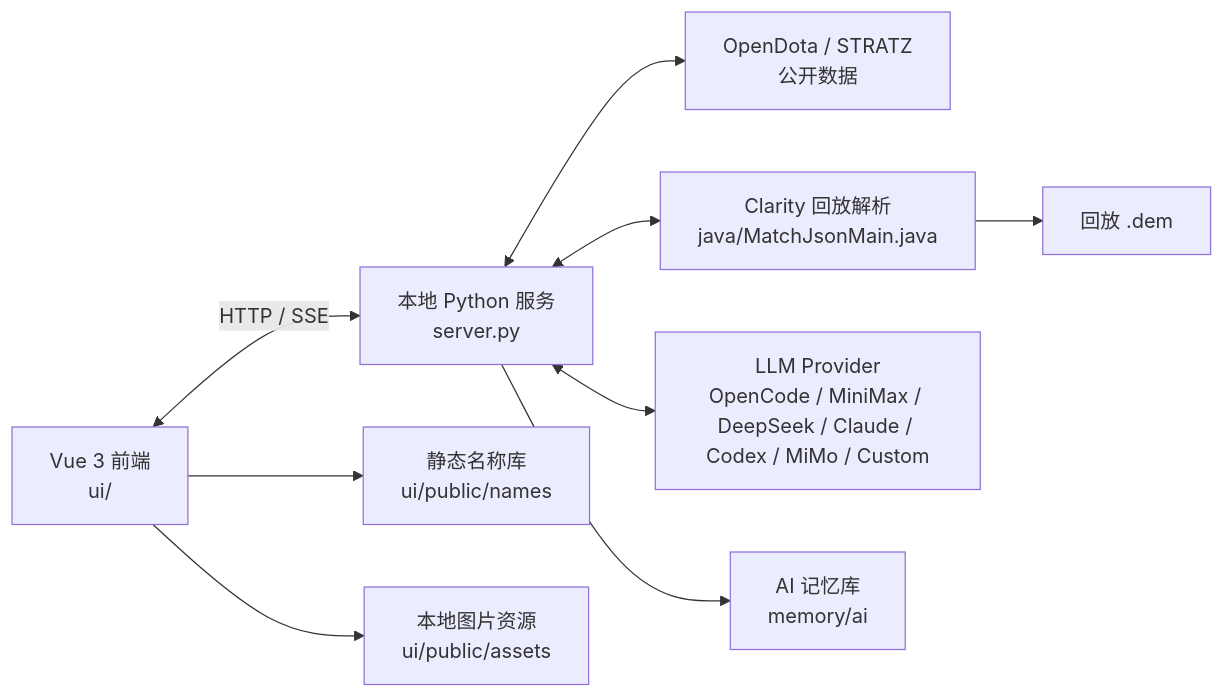
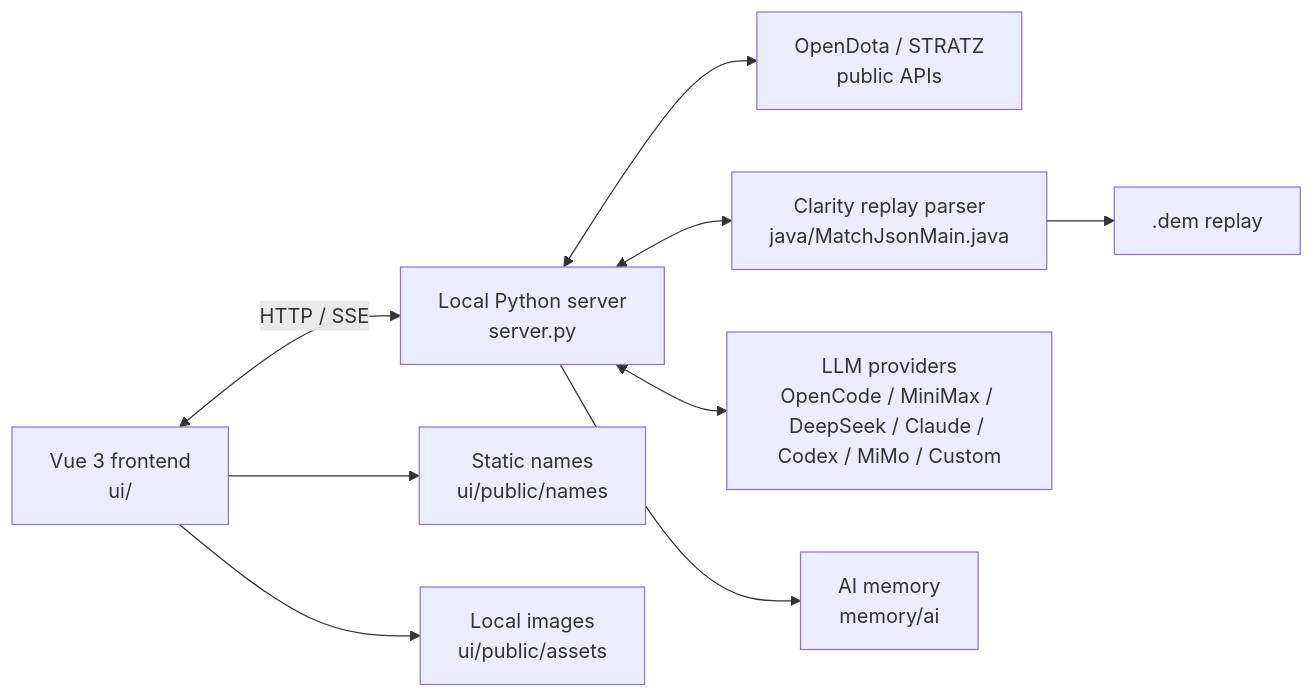
Before and after one commit to LiBaiQiYu/TrueSight: the diagram in README.md, drawn with Mermaid. The commit also changed other lines of this file and 3 other files, not shown here.

````diff
--- a/README.md
+++ b/README.md
@@ -130,11 +144,11 @@
 ```mermaid
 flowchart LR
-  A["Vue 3 前端<br/>ui/"] <-->|HTTP / SSE| B["本地 Python 服务<br/>server.py"]
-  B <--> C["OpenDota / STRATZ<br/>公开数据"]
-  B <--> D["Clarity 回放解析<br/>java/MatchJsonMain.java"]
-  D --> E["回放 .dem"]
-  B <--> F["LLM Provider<br/>OpenCode / MiniMax / DeepSeek / Claude / Codex / MiMo / Custom"]
-  A --> G["静态名称库<br/>ui/public/names"]
-  A --> I["本地图片资源<br/>ui/public/assets"]
-  B --> H["AI 记忆库<br/>memory/ai"]
+  A["Vue 3 frontend<br/>ui/"] <-->|HTTP / SSE| B["Local Python server<br/>server.py"]
+  B <--> C["OpenDota / STRATZ<br/>public APIs"]
+  B <--> D["Clarity replay parser<br/>java/MatchJsonMain.java"]
+  D --> E[".dem replay"]
+  B <--> F["LLM providers<br/>OpenCode / MiniMax / DeepSeek / Claude / Codex / MiMo / Custom"]
+  A --> G["Static names<br/>ui/public/names"]
+  A --> I["Local images<br/>ui/public/assets"]
+  B --> H["AI memory<br/>memory/ai"]
 ```
````
